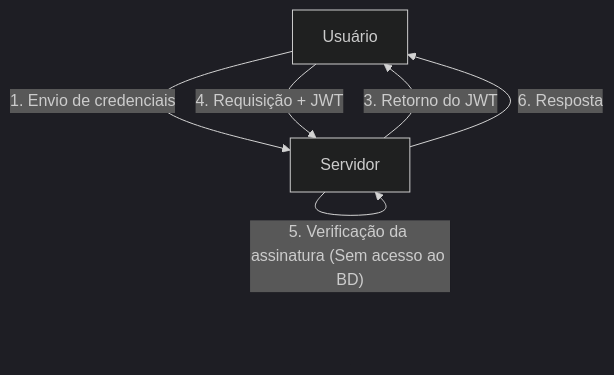
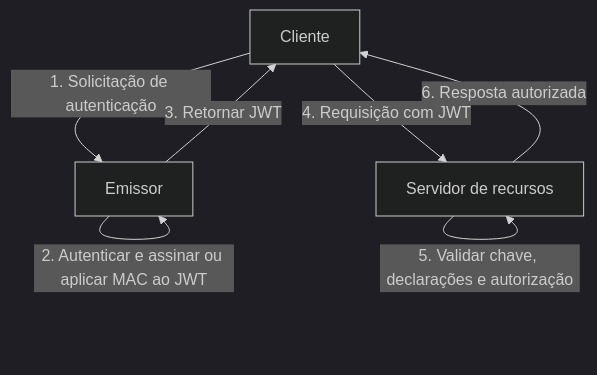
The second of 3 diagrams in content/post/jwt-json-web-token-security-risks/index.pt.md (kenjinote/blog), drawn with Mermaid (dark theme) before and after one commit. The commit also changed other lines of this file and 5 other files, not shown here.

````diff
--- a/content/post/jwt-json-web-token-security-risks/index.pt.md
+++ b/content/post/jwt-json-web-token-security-risks/index.pt.md
@@ -47,9 +42,9 @@
 ```mermaid
 graph TD
-    A["Usuário"] -- "1. Envio de credenciais" --> B["Servidor"]
-    B -- "2. Validação e geração do JWT (Assinatura)" --> B
-    B -- "3. Retorno do JWT" --> A
-    A -- "4. Requisição + JWT" --> B
-    B -- "5. Verificação da assinatura (Sem acesso ao BD)" --> B
-    B -- "6. Resposta" --> A
+    A["Cliente"] -- "1. Solicitação de autenticação" --> B["Emissor"]
+    B -- "2. Autenticar e assinar ou aplicar MAC ao JWT" --> B
+    B -- "3. Retornar JWT" --> A
+    A -- "4. Requisição com JWT" --> C["Servidor de recursos"]
+    C -- "5. Validar chave, declarações e autorização" --> C
+    C -- "6. Resposta autorizada" --> A
 ```
````
